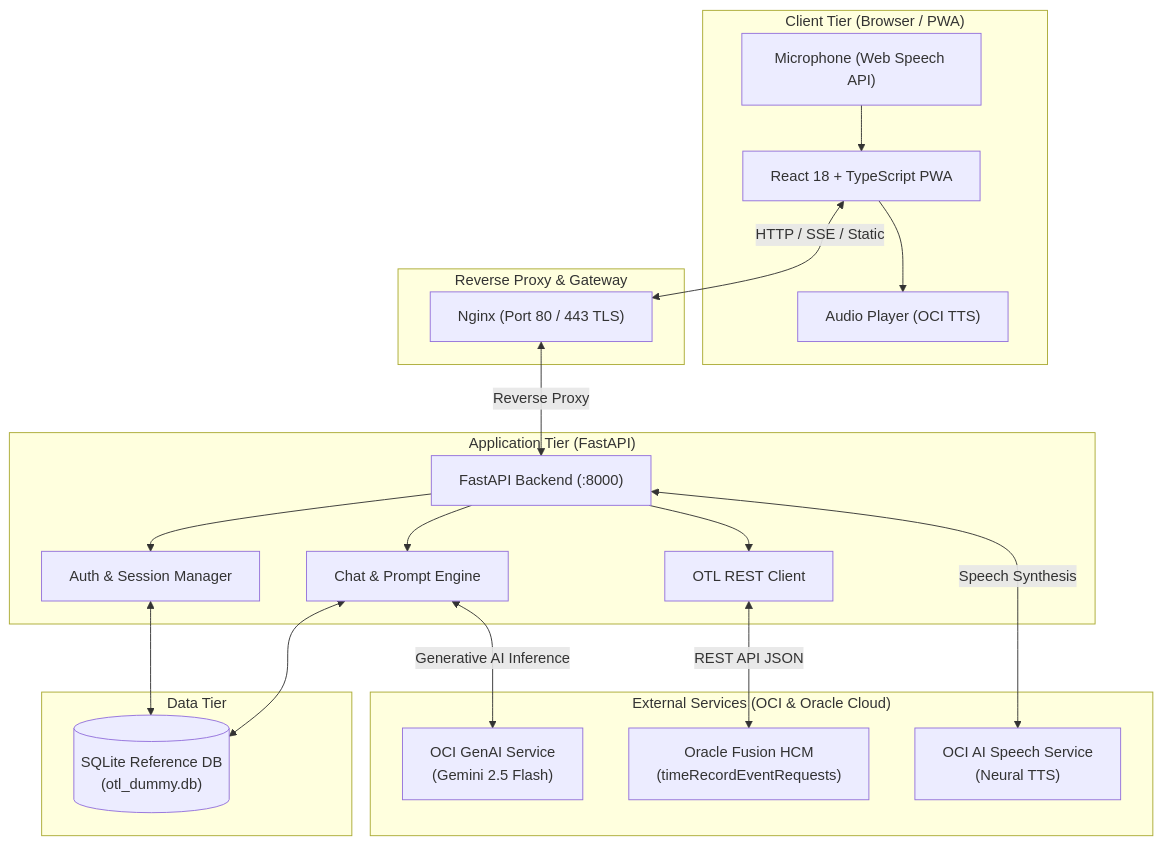
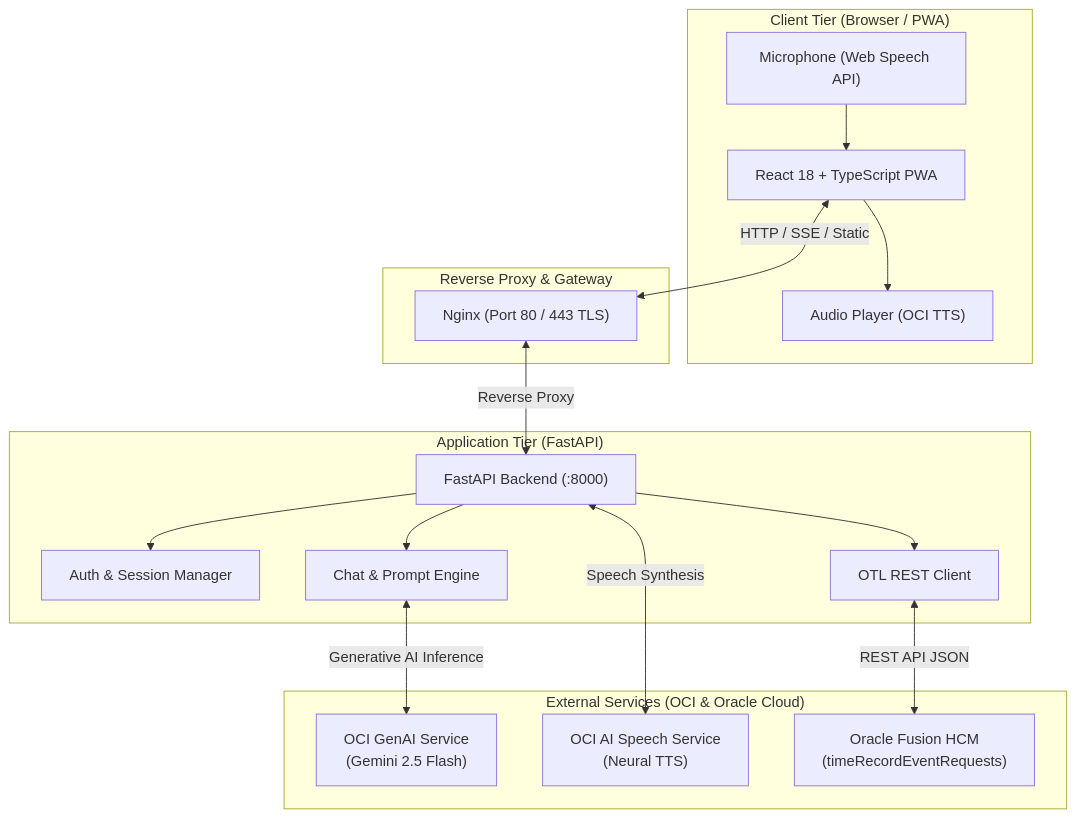
The diagram in README.md (Shreyansh2203/OTL-Voice), drawn with Mermaid before and after one commit. The commit also changed other lines of this file and 38 other files, not shown here.

````diff
--- a/README.md
+++ b/README.md
@@ -49,44 +49,38 @@
 ```mermaid
 flowchart TB
     subgraph Client["Client Tier (Browser / PWA)"]
         UI["React 18 + TypeScript PWA"]
         Mic["Microphone (Web Speech API)"]
         Audio["Audio Player (OCI TTS)"]
     end
 
     subgraph Gateway["Reverse Proxy & Gateway"]
         Nginx["Nginx (Port 80 / 443 TLS)"]
     end
 
     subgraph Backend["Application Tier (FastAPI)"]
         API["FastAPI Backend (:8000)"]
         Auth["Auth & Session Manager"]
         ChatEngine["Chat & Prompt Engine"]
         OTLService["OTL REST Client"]
     end
 
-    subgraph Storage["Data Tier"]
-        SQLite[("SQLite Reference DB\n(otl_dummy.db)")]
-    end
-
     subgraph Cloud["External Services (OCI & Oracle Cloud)"]
         OCIGenAI["OCI GenAI Service\n(Gemini 2.5 Flash)"]
         OCISpeech["OCI AI Speech Service\n(Neural TTS)"]
         FusionOTL["Oracle Fusion HCM\n(timeRecordEventRequests)"]
     end
 
     UI <-->|HTTP / SSE / Static| Nginx
     Mic --> UI
     UI --> Audio
     Nginx <-->|Reverse Proxy| API
 
     API --> Auth
     API --> ChatEngine
     API --> OTLService
     
-    Auth <--> SQLite
-    ChatEngine <--> SQLite
     ChatEngine <-->|Generative AI Inference| OCIGenAI
     API <-->|Speech Synthesis| OCISpeech
     OTLService <-->|REST API JSON| FusionOTL
 ```
````
